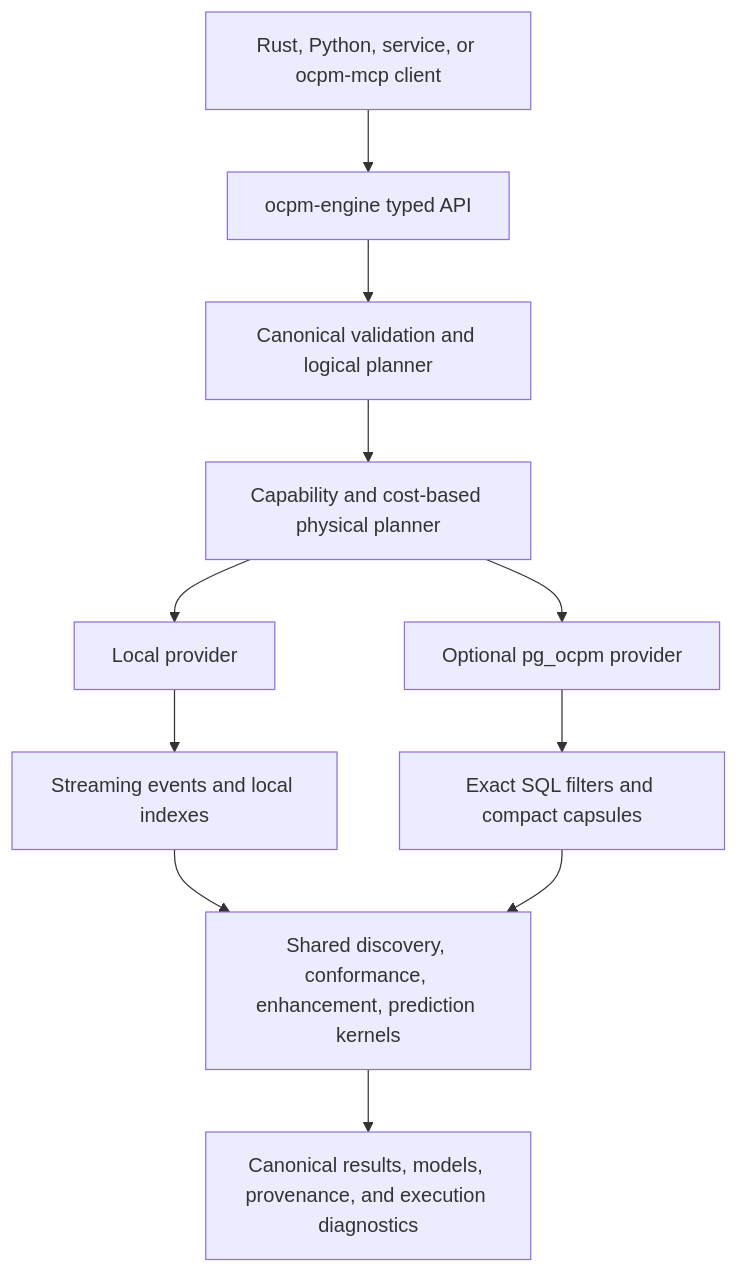
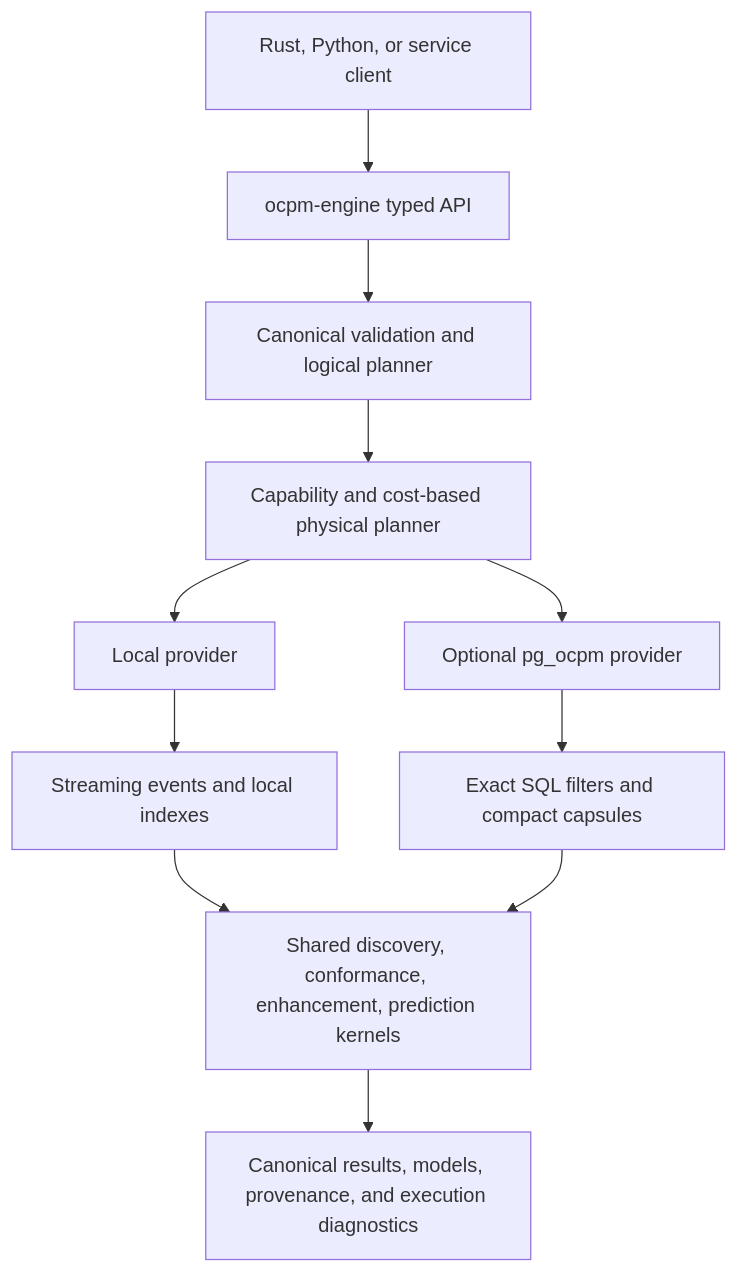
The diagram in docs/ocpm-engine-1.0.0-spec.md (verticalbarHQ/ocpm-engine), drawn with Mermaid before and after one commit. The commit also changed other lines of this file and 4 other files, not shown here.

````diff
--- a/docs/ocpm-engine-1.0.0-spec.md
+++ b/docs/ocpm-engine-1.0.0-spec.md
@@ -88,13 +88,13 @@
 ```mermaid
 flowchart TD
-    A["Rust, Python, service, or ocpm-mcp client"] --> B["ocpm-engine typed API"]
+    A["Rust, Python, or service client"] --> B["ocpm-engine typed API"]
     B --> C["Canonical validation and logical planner"]
     C --> D["Capability and cost-based physical planner"]
     D --> E["Local provider"]
     D --> F["Optional pg_ocpm provider"]
     E --> G["Streaming events and local indexes"]
     F --> H["Exact SQL filters and compact capsules"]
     G --> I["Shared discovery, conformance, enhancement, prediction kernels"]
     H --> I
     I --> J["Canonical results, models, provenance, and execution diagnostics"]
 ```
````
